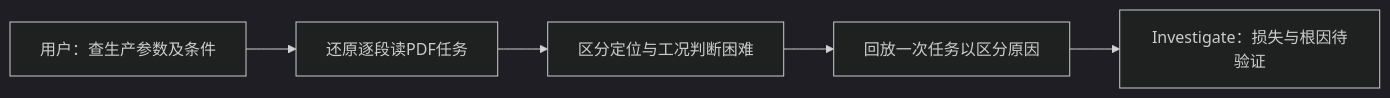
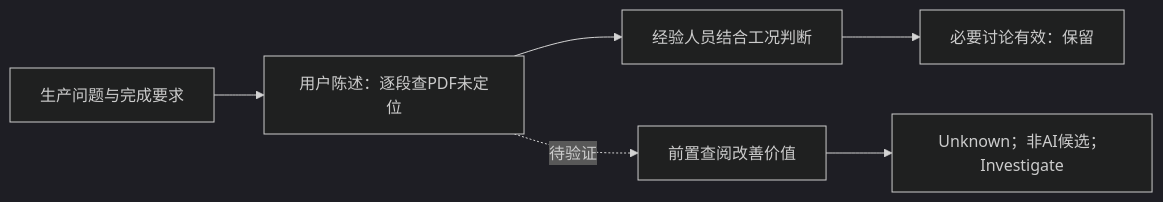
Before and after one commit to meiluosi/fde-problem-framing: the first of 4 diagrams in examples/cbm-standards/diagrams.md, drawn with Mermaid (dark theme). The commit also changed other lines of this file and 73 other files, not shown here.

````diff
--- a/examples/cbm-standards/diagrams.md
+++ b/examples/cbm-standards/diagrams.md
@@ -6,7 +6,8 @@
 ```mermaid
 flowchart LR
- A["用户：查生产参数及条件"] --> B["还原逐段读PDF任务"]
- B --> C["区分定位与工况判断困难"]
- C --> D["回放一次任务以区分原因"]
- D --> E["Investigate：损失与根因待验证"]
+ A["生产问题与完成要求"] --> B["用户陈述：逐段查PDF未定位"]
+ B --> C["经验人员结合工况判断"]
+ C --> D["必要讨论有效：保留"]
+ B -. "待验证" .-> E["前置查阅改善价值"]
+ E --> F["Unknown；非AI候选；Investigate"]
 ```
````
